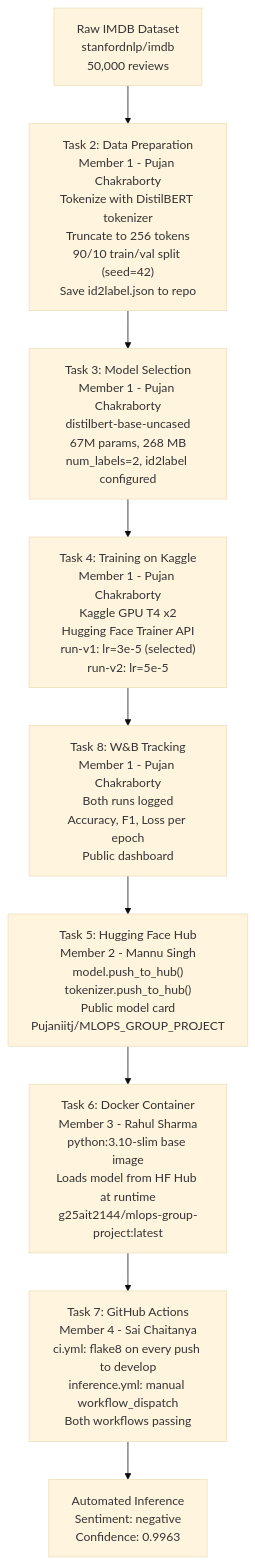
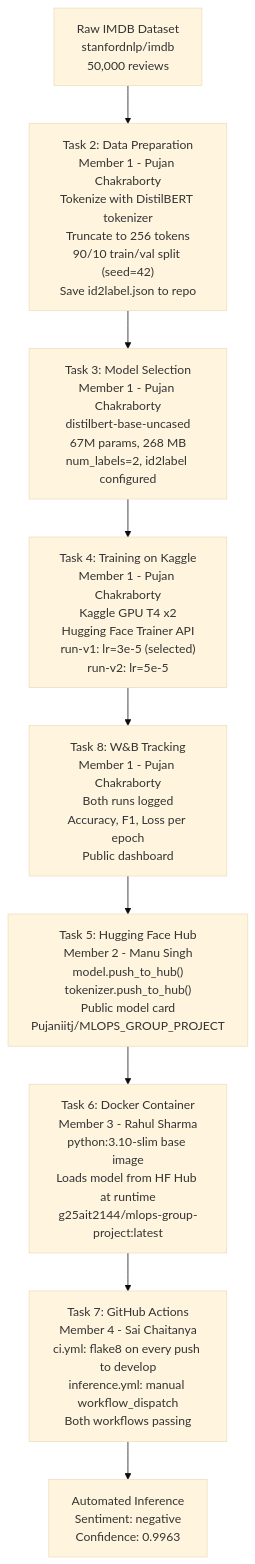
The first of 2 diagrams in README.md (pujaniitj/mlops-pgdai-pipeline), drawn with Mermaid (base theme) before and after one commit. The commit also changed other lines of this file, not shown here.

````diff
--- a/README.md
+++ b/README.md
@@ -50,12 +50,12 @@
 ```mermaid
 flowchart TD
     A["Raw IMDB Dataset<br/>stanfordnlp/imdb<br/>50,000 reviews"] --> B
     B["Task 2: Data Preparation<br/>Member 1 - Pujan Chakraborty<br/>Tokenize with DistilBERT tokenizer<br/>Truncate to 256 tokens<br/>90/10 train/val split (seed=42)<br/>Save id2label.json to repo"] --> C
     C["Task 3: Model Selection<br/>Member 1 - Pujan Chakraborty<br/>distilbert-base-uncased<br/>67M params, 268 MB<br/>num_labels=2, id2label configured"] --> D
     D["Task 4: Training on Kaggle<br/>Member 1 - Pujan Chakraborty<br/>Kaggle GPU T4 x2<br/>Hugging Face Trainer API<br/>run-v1: lr=3e-5 (selected)<br/>run-v2: lr=5e-5"] --> E
     E["Task 8: W&B Tracking<br/>Member 1 - Pujan Chakraborty<br/>Both runs logged<br/>Accuracy, F1, Loss per epoch<br/>Public dashboard"] --> F
-    F["Task 5: Hugging Face Hub<br/>Member 2 - Mannu Singh<br/>model.push_to_hub()<br/>tokenizer.push_to_hub()<br/>Public model card<br/>Pujaniitj/MLOPS_GROUP_PROJECT"] --> G
+    F["Task 5: Hugging Face Hub<br/>Member 2 - Manu Singh<br/>model.push_to_hub()<br/>tokenizer.push_to_hub()<br/>Public model card<br/>Pujaniitj/MLOPS_GROUP_PROJECT"] --> G
     G["Task 6: Docker Container<br/>Member 3 - Rahul Sharma<br/>python:3.10-slim base image<br/>Loads model from HF Hub at runtime<br/>g25ait2144/mlops-group-project:latest"] --> H
     H["Task 7: GitHub Actions<br/>Member 4 - Sai Chaitanya<br/>ci.yml: flake8 on every push to develop<br/>inference.yml: manual workflow_dispatch<br/>Both workflows passing"] --> I
     I["Automated Inference<br/>Sentiment: negative<br/>Confidence: 0.9963"]
 ```
````
